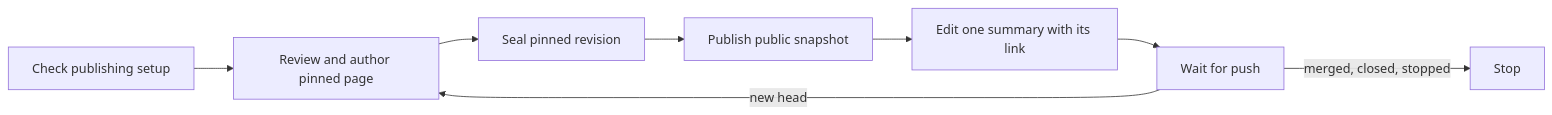
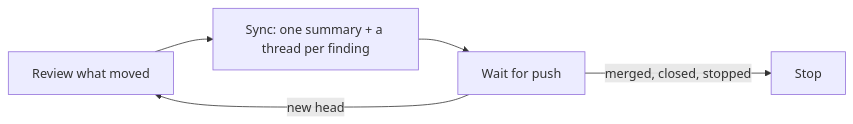
Before and after one commit to Thurbeen/thurview: the diagram in skills/thurview-pr-review/SKILL.md, drawn with Mermaid. The commit also changed other lines of this file and 138 other files, not shown here.

First line of the commit message:
feat(skill)!: keep only the PR/MR review, with no HTML page (#91)

````diff
--- a/skills/thurview-pr-review/SKILL.md
+++ b/skills/thurview-pr-review/SKILL.md
@@ -20,10 +15,7 @@
 ```mermaid
 flowchart LR
-  P[Check publishing setup] --> R[Review and author pinned page]
-  R --> L[Seal pinned revision]
-  L --> C[Publish public snapshot]
-  C --> S[Edit one summary with its link]
+  R[Review what moved] --> S[Sync: one summary + a thread per finding]
   S --> W[Wait for push]
   W -->|new head| R
   W -->|merged, closed, stopped| E[Stop]
 ```
````
